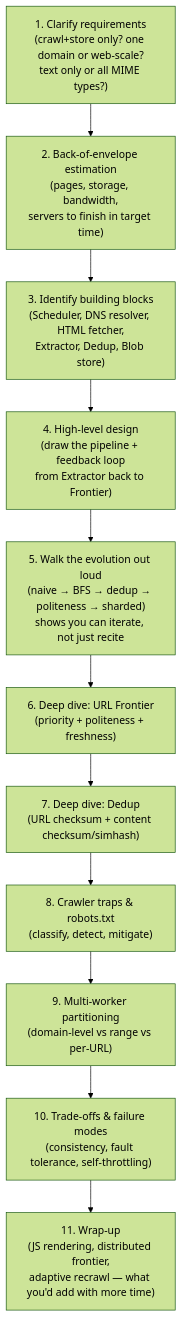
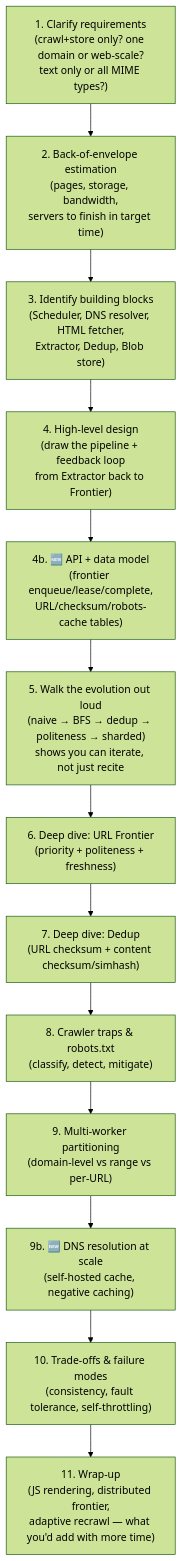
Before and after one commit to riyaz-pasha/Learnings: the first of 20 diagrams in system-design/HLD/0-course/35-Web-Crawler-FAANG-Guide.md, drawn with Mermaid (forest theme). The commit also changed other lines of this file and 50 other files, not shown here.

````diff
--- a/system-design/HLD/0-course/35-Web-Crawler-FAANG-Guide.md
+++ b/system-design/HLD/0-course/35-Web-Crawler-FAANG-Guide.md
@@ -20,13 +22,15 @@
 ```mermaid
 flowchart TD
     A["1. Clarify requirements<br/>(crawl+store only? one domain or web-scale?<br/>text only or all MIME types?)"] --> B["2. Back-of-envelope estimation<br/>(pages, storage, bandwidth,<br/>servers to finish in target time)"]
     B --> C["3. Identify building blocks<br/>(Scheduler, DNS resolver, HTML fetcher,<br/>Extractor, Dedup, Blob store)"]
     C --> D["4. High-level design<br/>(draw the pipeline + feedback loop<br/>from Extractor back to Frontier)"]
-    D --> E["5. Walk the evolution out loud<br/>(naive → BFS → dedup → politeness → sharded)<br/>shows you can iterate, not just recite"]
+    D --> D2["4b. 🆕 API + data model<br/>(frontier enqueue/lease/complete,<br/>URL/checksum/robots-cache tables)"]
+    D2 --> E["5. Walk the evolution out loud<br/>(naive → BFS → dedup → politeness → sharded)<br/>shows you can iterate, not just recite"]
     E --> F["6. Deep dive: URL Frontier<br/>(priority + politeness + freshness)"]
     F --> G["7. Deep dive: Dedup<br/>(URL checksum + content checksum/simhash)"]
     G --> H["8. Crawler traps & robots.txt<br/>(classify, detect, mitigate)"]
     H --> I["9. Multi-worker partitioning<br/>(domain-level vs range vs per-URL)"]
-    I --> J["10. Trade-offs & failure modes<br/>(consistency, fault tolerance, self-throttling)"]
+    I --> I2["9b. 🆕 DNS resolution at scale<br/>(self-hosted cache, negative caching)"]
+    I2 --> J["10. Trade-offs & failure modes<br/>(consistency, fault tolerance, self-throttling)"]
     J --> K["11. Wrap-up<br/>(JS rendering, distributed frontier,<br/>adaptive recrawl — what you'd add with more time)"]
 ```
````
